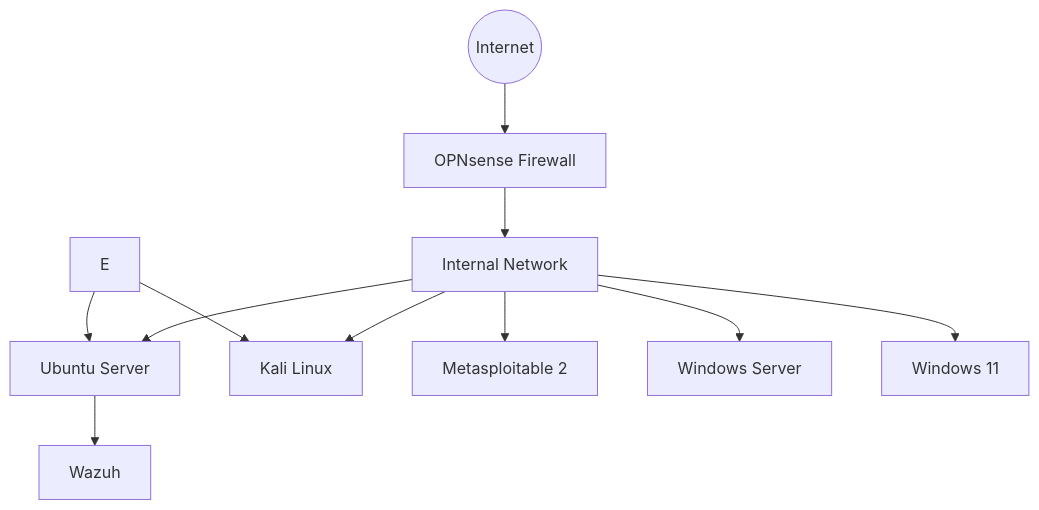
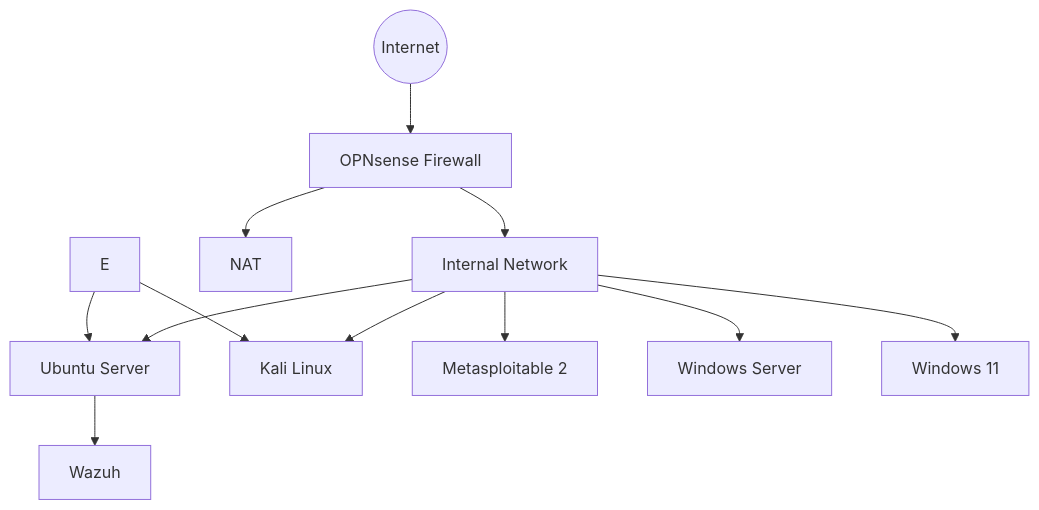
One commit to Nirus07/home-lab changed the diagram in README.md. Above: the diagram before and after it, drawn with Mermaid.

Commit message:
Add NAT node to flowchart in README

````diff
--- a/README.md
+++ b/README.md
@@ -7,16 +7,18 @@
 ```mermaid
 flowchart TD
     A((Internet)) --> B[OPNsense Firewall]
     B --> C[Internal Network]
+    B --> L[NAT]
+    
 
     C --> F[Ubuntu Server]
     E --> F[Ubuntu Server]
     C --> G[Kali Linux]
     E --> G[Kali Linux]
     C --> H[Metasploitable 2]
     C --> I[Windows Server]
     C --> J[Windows 11]
 
     F --> K[Wazuh]
     
 ```
````
